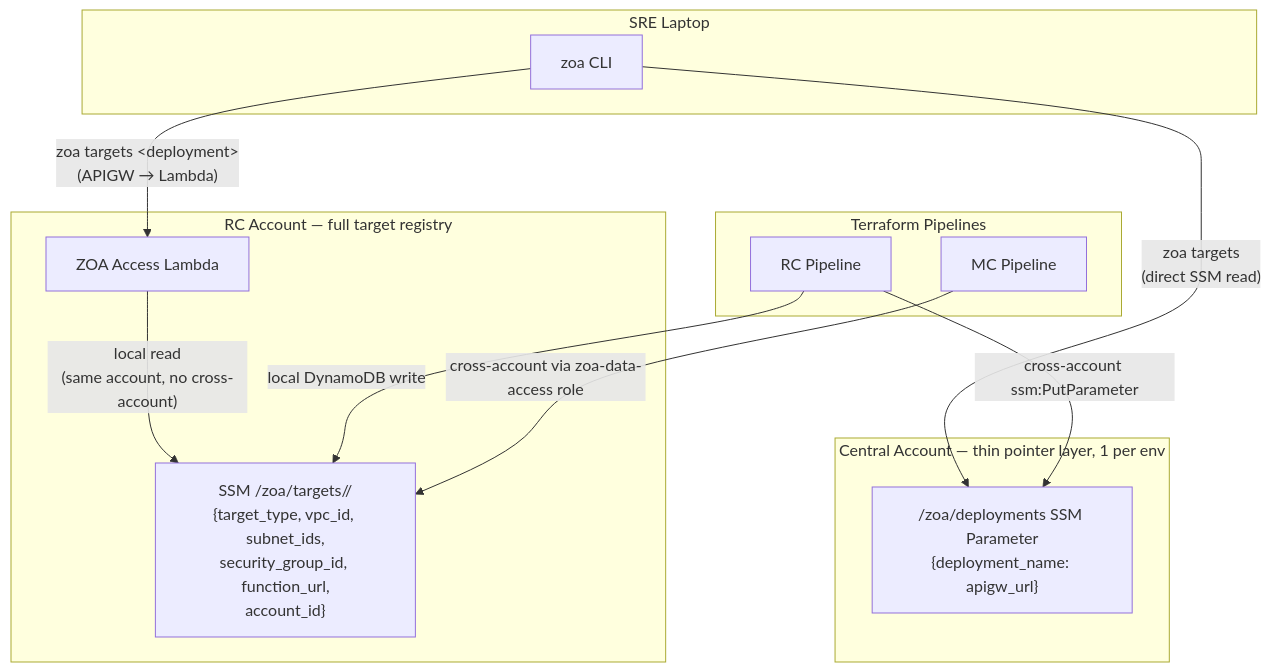
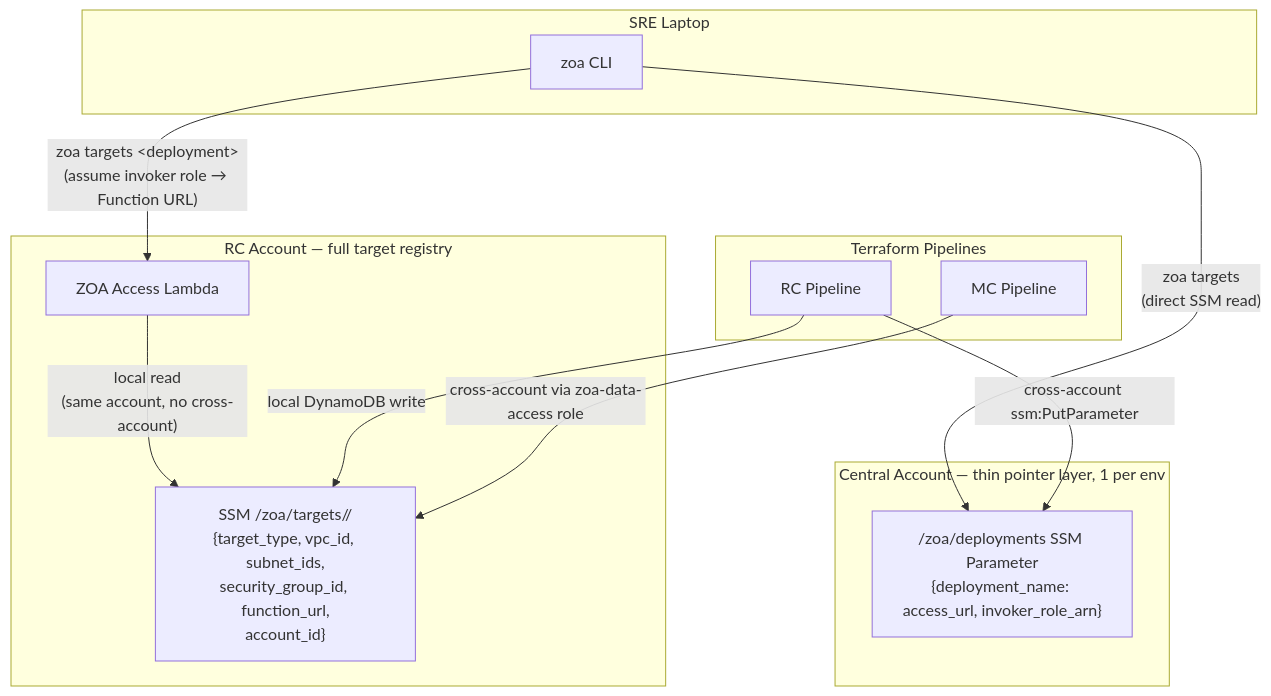
One commit to slopezz/rosa-hyperfleet-zoa changed the second of 7 diagrams in docs/design/zoa-boundary-epic-plan.md. Above: the diagram before and after it, drawn with Mermaid. The commit also changed other lines of this file, not shown here.

First line of the commit message:
docs(boundary): update plan — replace APIGW with Function URL + invoker role

````diff
--- a/docs/design/zoa-boundary-epic-plan.md
+++ b/docs/design/zoa-boundary-epic-plan.md
@@ -75,28 +74,28 @@
 ```mermaid
 graph TD
     subgraph centralAccount [Central Account — thin pointer layer, 1 per env]
-        paramEnvs["/zoa/deployments SSM Parameter<br/>{deployment_name: apigw_url}"]
+        paramEnvs["/zoa/deployments SSM Parameter<br/>{deployment_name: access_url, invoker_role_arn}"]
     end
 
     subgraph rcAccount [RC Account — full target registry]
         boundaryTargets["SSM /zoa/targets/<deployment>/<cluster><br/>{target_type, vpc_id, subnet_ids,<br/>security_group_id, function_url,<br/>account_id}"]
         accessLambda["ZOA Access Lambda"]
     end
 
     subgraph sreLaptop [SRE Laptop]
         zoaCLI["zoa CLI"]
     end
 
     subgraph terraform [Terraform Pipelines]
         rcPipeline["RC Pipeline"]
         mcPipeline["MC Pipeline"]
     end
 
     zoaCLI -->|"zoa targets<br/>(direct SSM read)"| paramEnvs
-    zoaCLI -->|"zoa targets &lt;deployment&gt;<br/>(APIGW → Lambda)"| accessLambda
+    zoaCLI -->|"zoa targets &lt;deployment&gt;<br/>(assume invoker role → Function URL)"| accessLambda
     accessLambda -->|"local read<br/>(same account, no cross-account)"| boundaryTargets
 
     rcPipeline -->|"cross-account ssm:PutParameter"| paramEnvs
     rcPipeline -->|"local DynamoDB write"| boundaryTargets
     mcPipeline -->|"cross-account via zoa-data-access role"| boundaryTargets
 ```
````
